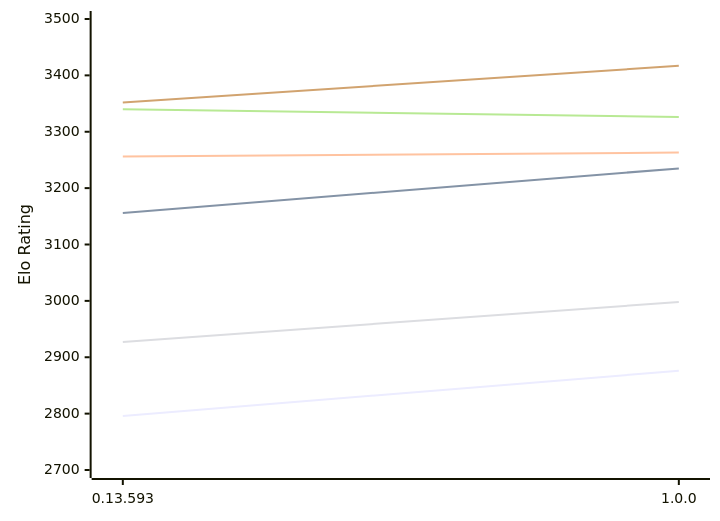
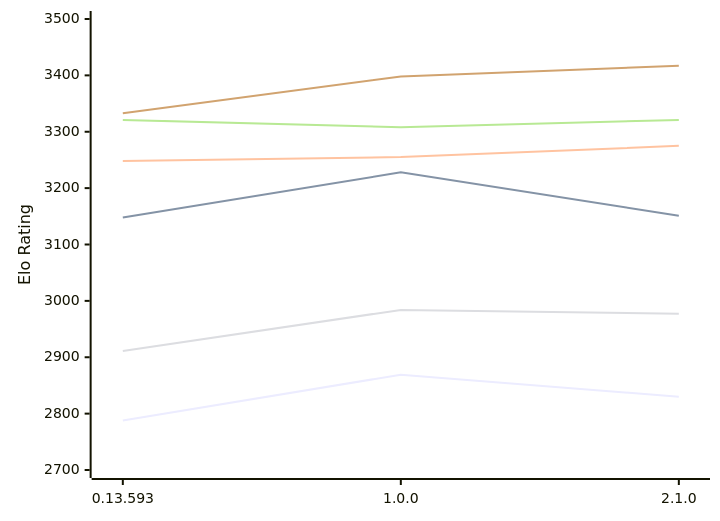
Before and after one commit to computer-chess-index/cci: the diagram in engines/Pawnstar.md, drawn with Mermaid. The commit also changed other lines of this file, not shown here.

Commit message:
Update CCI Ratings (ELO VLTC) - 2026-11-02

````diff
--- a/engines/Pawnstar.md
+++ b/engines/Pawnstar.md
@@ -49,12 +51,12 @@
 ```mermaid
 %%{init: {"theme":"base","themeVariables":{"seriesColors:['#a3a3a3','#222221','#faa371']}}}%%
 xychart-beta
-  x-axis ["0.13.593", "1.0.0"]
+  x-axis ["0.13.593", "1.0.0", "2.1.0"]
   y-axis "Elo Rating" 2700 --> 3500
-  line "E1: STC (8.0+0.08s)" [2796, 2876]
-  line "E1: LTC (60.0+0.60s)" [3156, 3235]
-  line "E1: VLTC (2m24s+1.12s)" [3256, 3263]
-  line "P1: STC (8.0+0.08s)" [2927, 2998]
-  line "P1: LTC (60.0+0.60s)" [3340, 3326]
-  line "P1: VLTC (2m24s+1.12s)" [3352, 3417]
+  line "E1: STC (8.0+0.08s)" [2788, 2869, 2830]
+  line "E1: LTC (60.0+0.60s)" [3148, 3228, 3151]
+  line "E1: VLTC (2m24s+1.12s)" [3248, 3255, 3275]
+  line "P1: STC (8.0+0.08s)" [2911, 2984, 2977]
+  line "P1: LTC (60.0+0.60s)" [3321, 3308, 3321]
+  line "P1: VLTC (2m24s+1.12s)" [3333, 3398, 3417]
 ```
````
